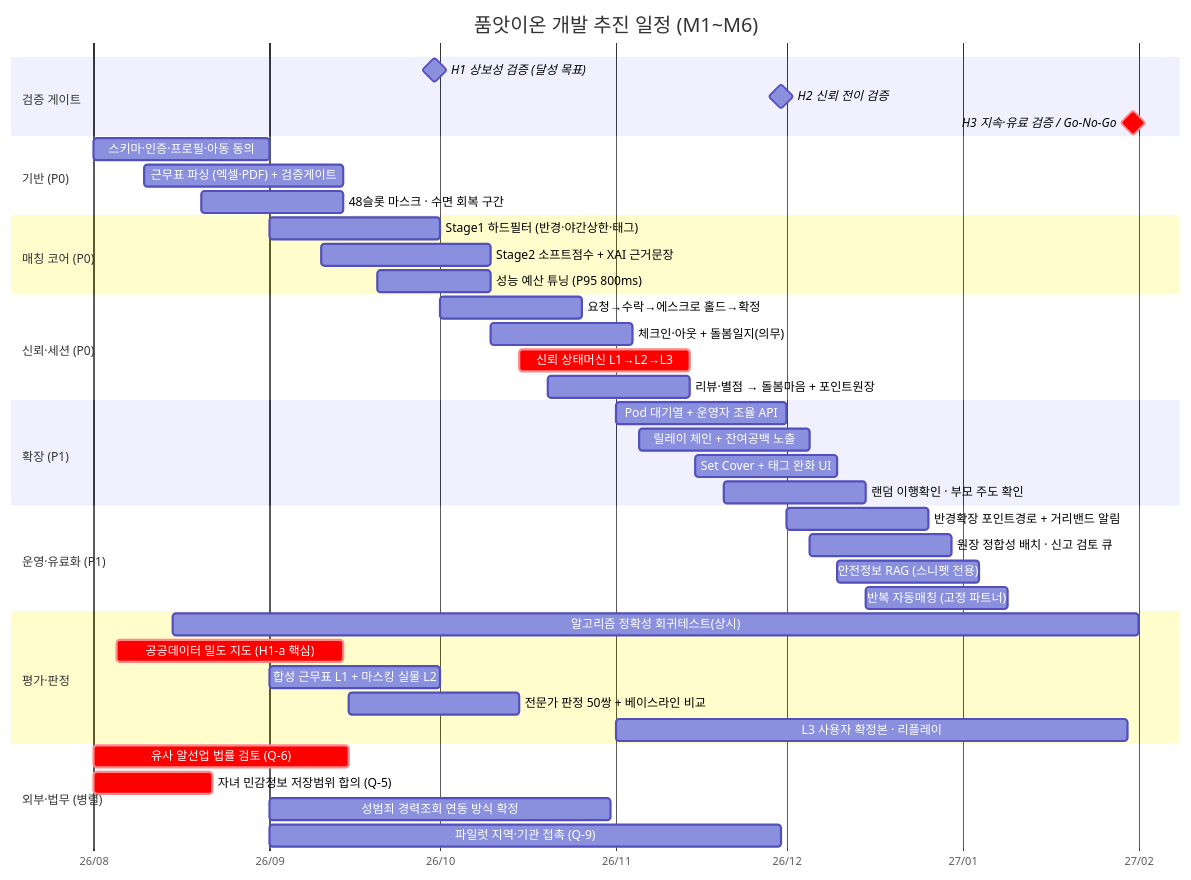
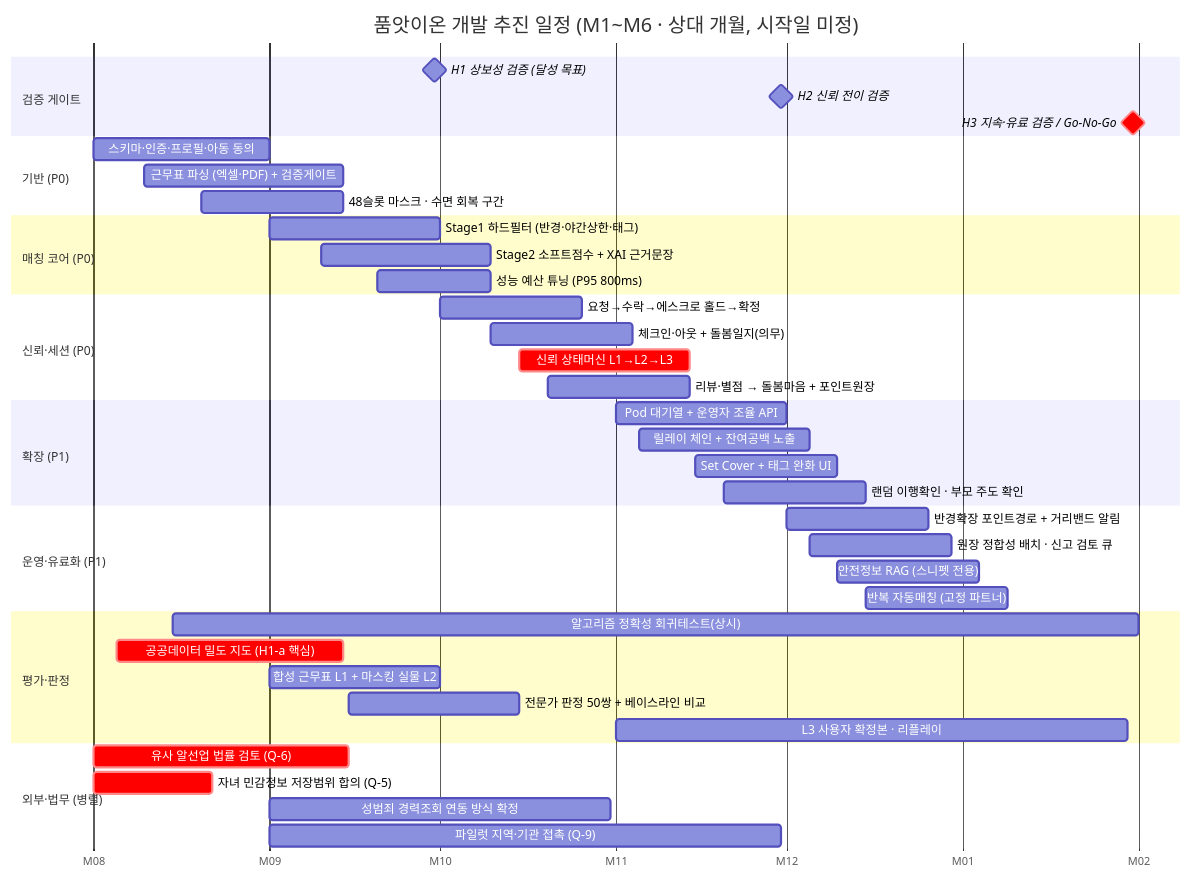
The diagram in docs/plan/GANTT.md (Ji-gam/ON-Gi), drawn with Mermaid before and after one commit. The commit also changed other lines of this file and 2 other files, not shown here.

````diff
--- a/docs/plan/GANTT.md
+++ b/docs/plan/GANTT.md
@@ -12,54 +12,54 @@
 ```mermaid
 gantt
-    title 품앗이온 개발 추진 일정 (M1~M6)
+    title 품앗이온 개발 추진 일정 (M1~M6 · 상대 개월, 시작일 미정)
     dateFormat YYYY-MM-DD
-    axisFormat %y/%m
+    axisFormat M%m
     tickInterval 1month
     todayMarker off
 
     section 검증 게이트
     H1 상보성 검증 (달성 목표)      :milestone, g1, 2026-09-30, 0d
     H2 신뢰 전이 검증               :milestone, g2, 2026-11-30, 0d
     H3 지속·유료 검증 / Go-No-Go    :crit, milestone, g3, 2027-01-31, 0d
 
     section 기반 (P0)
     스키마·인증·프로필·아동 동의     :a1, 2026-08-01, 31d
     근무표 파싱 (엑셀·PDF) + 검증게이트 :a2, 2026-08-10, 35d
     48슬롯 마스크 · 수면 회복 구간   :a3, 2026-08-20, 25d
 
     section 매칭 코어 (P0)
     Stage1 하드필터 (반경·야간상한·태그) :b1, 2026-09-01, 30d
     Stage2 소프트점수 + XAI 근거문장  :b2, 2026-09-10, 30d
     성능 예산 튜닝 (P95 800ms)       :b3, 2026-09-20, 20d
 
     section 신뢰·세션 (P0)
     요청→수락→에스크로 홀드→확정     :c1, 2026-10-01, 25d
     체크인·아웃 + 돌봄일지(의무)     :c2, 2026-10-10, 25d
     신뢰 상태머신 L1→L2→L3          :crit, c3, 2026-10-15, 30d
     리뷰·별점 → 돌봄마음 + 포인트원장 :c4, 2026-10-20, 25d
 
     section 확장 (P1)
     Pod 대기열 + 운영자 조율 API     :d1, 2026-11-01, 30d
     릴레이 체인 + 잔여공백 노출      :d2, 2026-11-05, 30d
     Set Cover + 태그 완화 UI         :d3, 2026-11-15, 25d
     랜덤 이행확인 · 부모 주도 확인    :d4, 2026-11-20, 25d
 
     section 운영·유료화 (P1)
     반경확장 포인트경로 + 거리밴드 알림 :e1, 2026-12-01, 25d
     원장 정합성 배치 · 신고 검토 큐   :e2, 2026-12-05, 25d
     안전정보 RAG (스니펫 전용)       :e3, 2026-12-10, 25d
     반복 자동매칭 (고정 파트너)      :e4, 2026-12-15, 25d
 
     section 평가·판정
     알고리즘 정확성 회귀테스트(상시)  :f1, 2026-08-15, 170d
     공공데이터 밀도 지도 (H1-a 핵심)  :crit, f2, 2026-08-05, 40d
     합성 근무표 L1 + 마스킹 실물 L2   :f3, 2026-09-01, 30d
     전문가 판정 50쌍 + 베이스라인 비교 :f4, 2026-09-15, 30d
     L3 사용자 확정본 · 리플레이       :f5, 2026-11-01, 90d
 
     section 외부·법무 (병렬)
     유사 알선업 법률 검토 (Q-6)      :crit, h1, 2026-08-01, 45d
     자녀 민감정보 저장범위 합의 (Q-5) :crit, h2, 2026-08-01, 21d
     성범죄 경력조회 연동 방식 확정    :h3, 2026-09-01, 60d
     파일럿 지역·기관 접촉 (Q-9)      :h4, 2026-09-01, 90d
 ```
````
